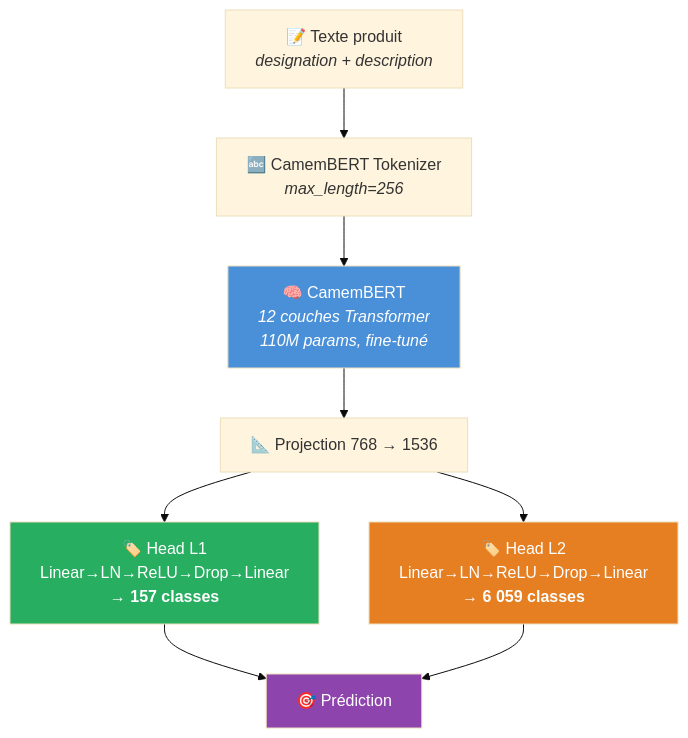
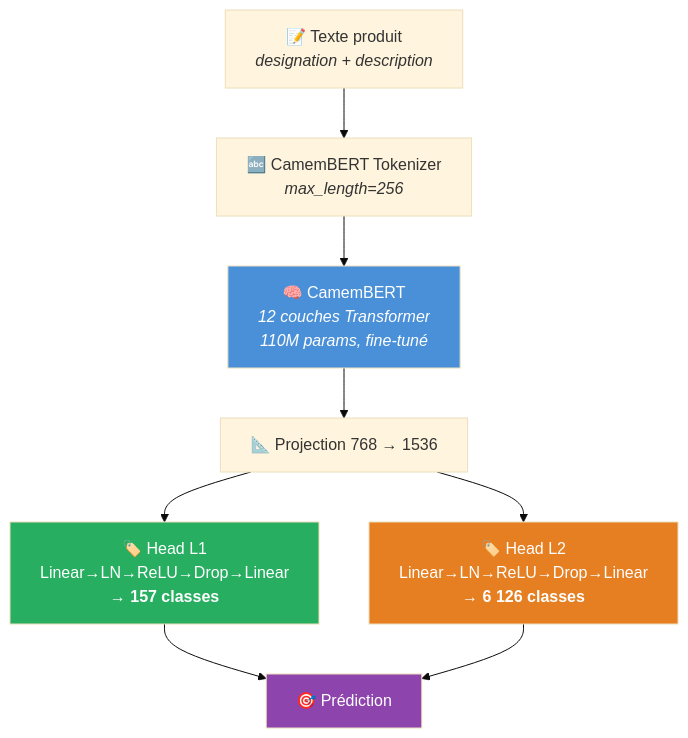
One commit to inptensib/projet-fil-rouge changed the first of 2 diagrams in README.md. Above: the diagram before and after it, drawn with Mermaid (base theme). The commit also changed other lines of this file and 3 other files, not shown here.

````diff
--- a/README.md
+++ b/README.md
@@ -48,19 +48,19 @@
 ```mermaid
 graph TD
     A["📝 Texte produit<br/><i>designation + description</i>"] --> B
     B["🔤 CamemBERT Tokenizer<br/><i>max_length=256</i>"] --> C
     C["🧠 CamemBERT<br/><i>12 couches Transformer<br/>110M params, fine-tuné</i>"] --> D
     D["📐 Projection 768 → 1536"] --> E1
     D --> E2
 
     E1["🏷️ Head L1<br/>Linear→LN→ReLU→Drop→Linear<br/><b>→ 157 classes</b>"]
-    E2["🏷️ Head L2<br/>Linear→LN→ReLU→Drop→Linear<br/><b>→ 6 059 classes</b>"]
+    E2["🏷️ Head L2<br/>Linear→LN→ReLU→Drop→Linear<br/><b>→ 6 126 classes</b>"]
 
     E1 --> F["🎯 Prédiction"]
     E2 --> F
 
     style C fill:#4A90D9,color:white
     style E1 fill:#27AE60,color:white
     style E2 fill:#E67E22,color:white
     style F fill:#8E44AD,color:white
 ```
````
